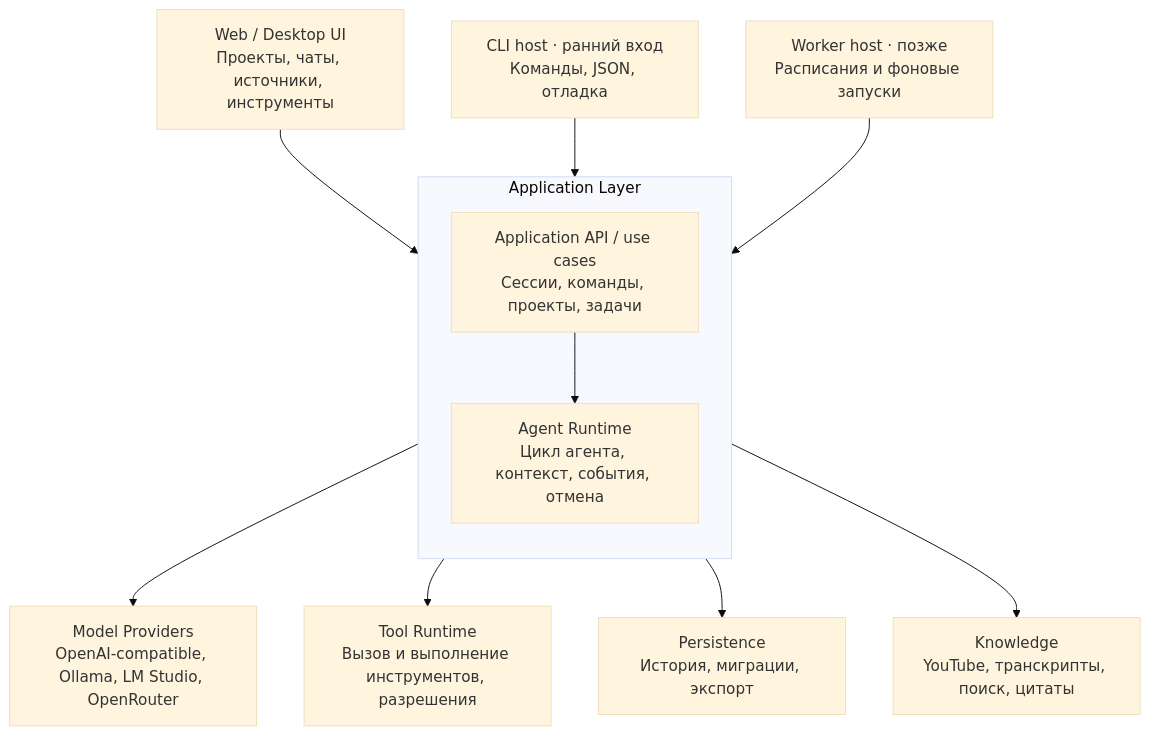
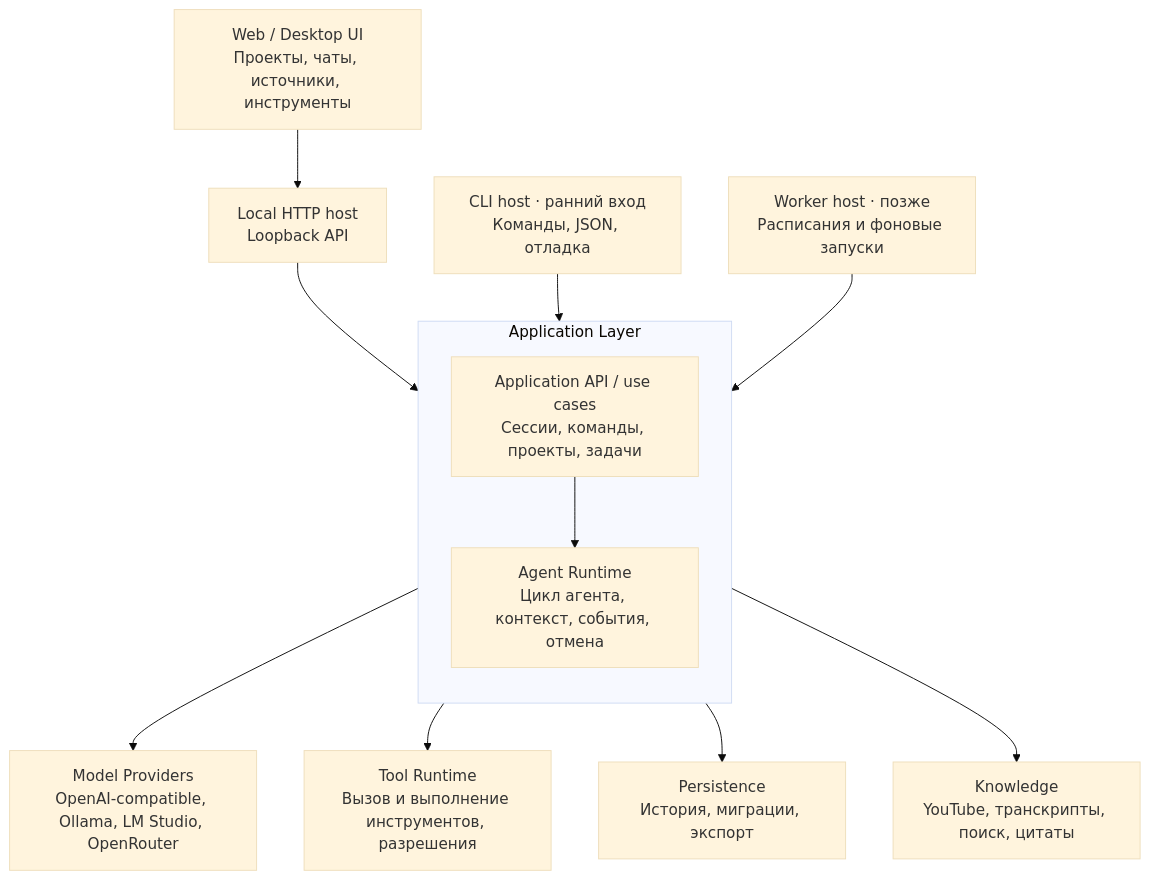
Before and after one commit to davy1ex/smysAgent: the diagram in docs/ARCHITECTURE.md, drawn with Mermaid (base theme). The commit also changed other lines of this file and 18 other files, not shown here.

````diff
--- a/docs/ARCHITECTURE.md
+++ b/docs/ARCHITECTURE.md
@@ -27,17 +28,18 @@
 ```mermaid
 flowchart TB
   UI["Web / Desktop UI<br/>Проекты, чаты, источники, инструменты"]
   subgraph APP_LAYER[Application Layer]
     direction TB
     APP["Application API / use cases<br/>Сессии, команды, проекты, задачи"]
     CORE["Agent Runtime<br/>Цикл агента, контекст, события, отмена"]
     APP --> CORE
   end
-  UI --> APP
+  WEBHOST["Local HTTP host<br/>Loopback API"]
+  UI --> WEBHOST --> APP
   CLI["CLI host · ранний вход<br/>Команды, JSON, отладка"] --> APP
   WORKER["Worker host · позже<br/>Расписания и фоновые запуски"] --> APP
   CORE --> PROVIDERS["Model Providers<br/>OpenAI-compatible, Ollama, LM Studio, OpenRouter"]
   CORE --> TOOLS["Tool Runtime<br/>Вызов и выполнение инструментов, разрешения"]
   CORE --> STORAGE["Persistence<br/>История, миграции, экспорт"]
   CORE --> KNOWLEDGE["Knowledge<br/>YouTube, транскрипты, поиск, цитаты"]
 ```
````
